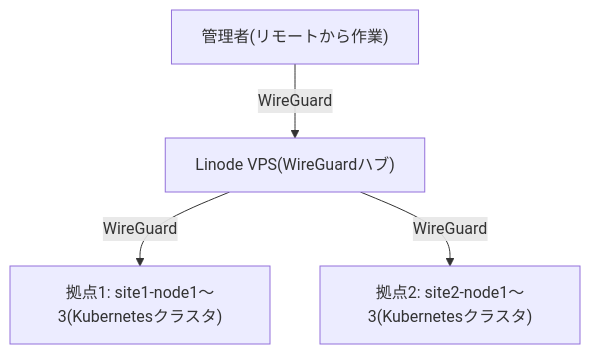
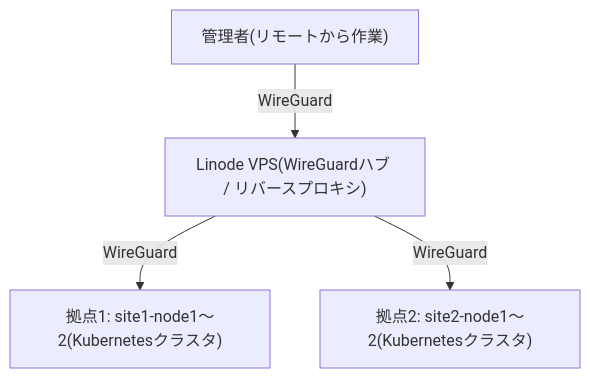
The diagram in docs/content/docs/index.mdx (morinoparty/moripa-infra), drawn with Mermaid before and after one commit. The commit also changed other lines of this file and 75 other files, not shown here.

````diff
--- a/docs/content/docs/index.mdx
+++ b/docs/content/docs/index.mdx
@@ -11,11 +12,11 @@
 ```mermaid
 flowchart TB
     Admin["管理者(リモートから作業)"]
-    VPS["Linode VPS(WireGuardハブ)"]
-    Site1["拠点1: site1-node1〜3(Kubernetesクラスタ)"]
-    Site2["拠点2: site2-node1〜3(Kubernetesクラスタ)"]
+    VPS["Linode VPS(WireGuardハブ / リバースプロキシ)"]
+    Site1["拠点1: site1-node1〜2(Kubernetesクラスタ)"]
+    Site2["拠点2: site2-node1〜2(Kubernetesクラスタ)"]
 
     Admin -- "WireGuard" --> VPS
     VPS -- "WireGuard" --> Site1
     VPS -- "WireGuard" --> Site2
 ```
````
